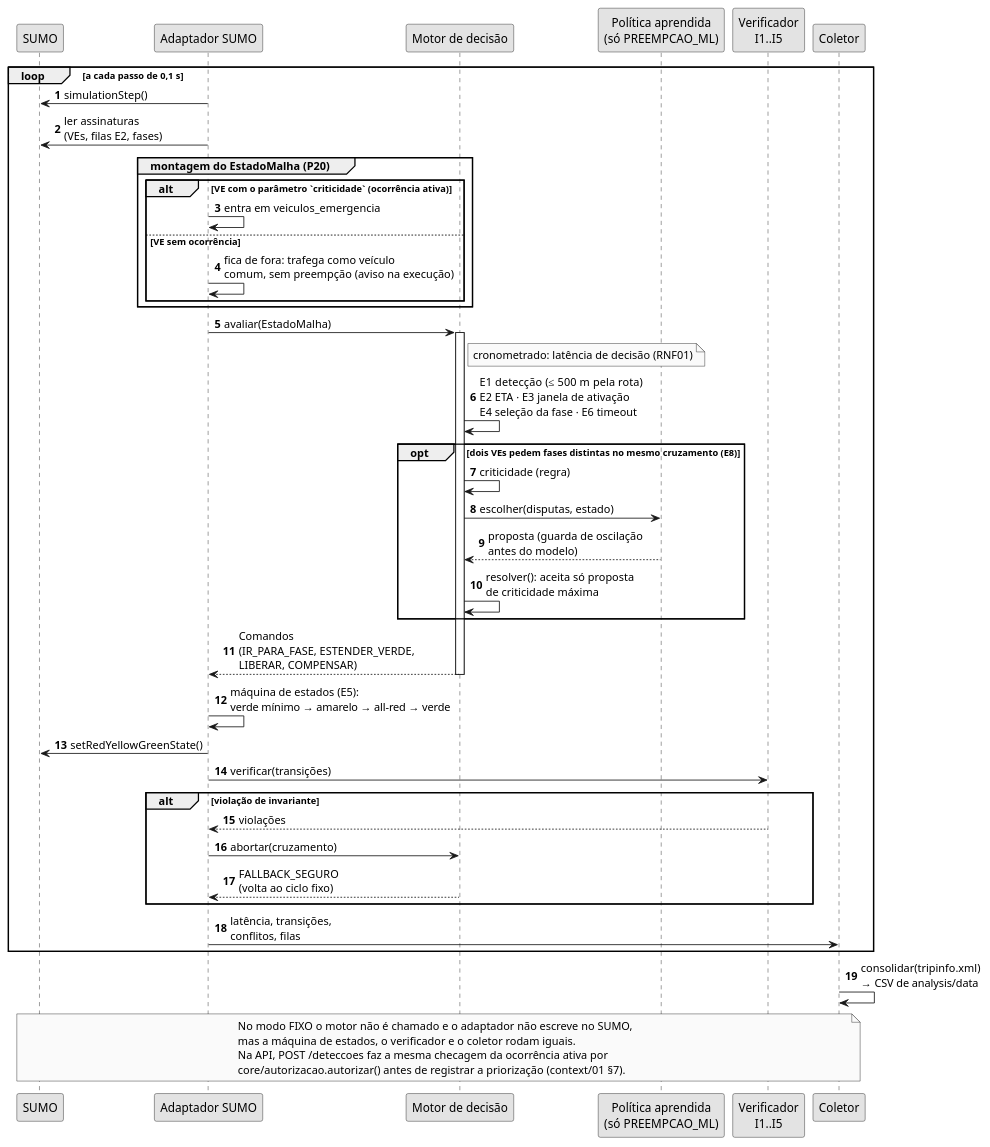
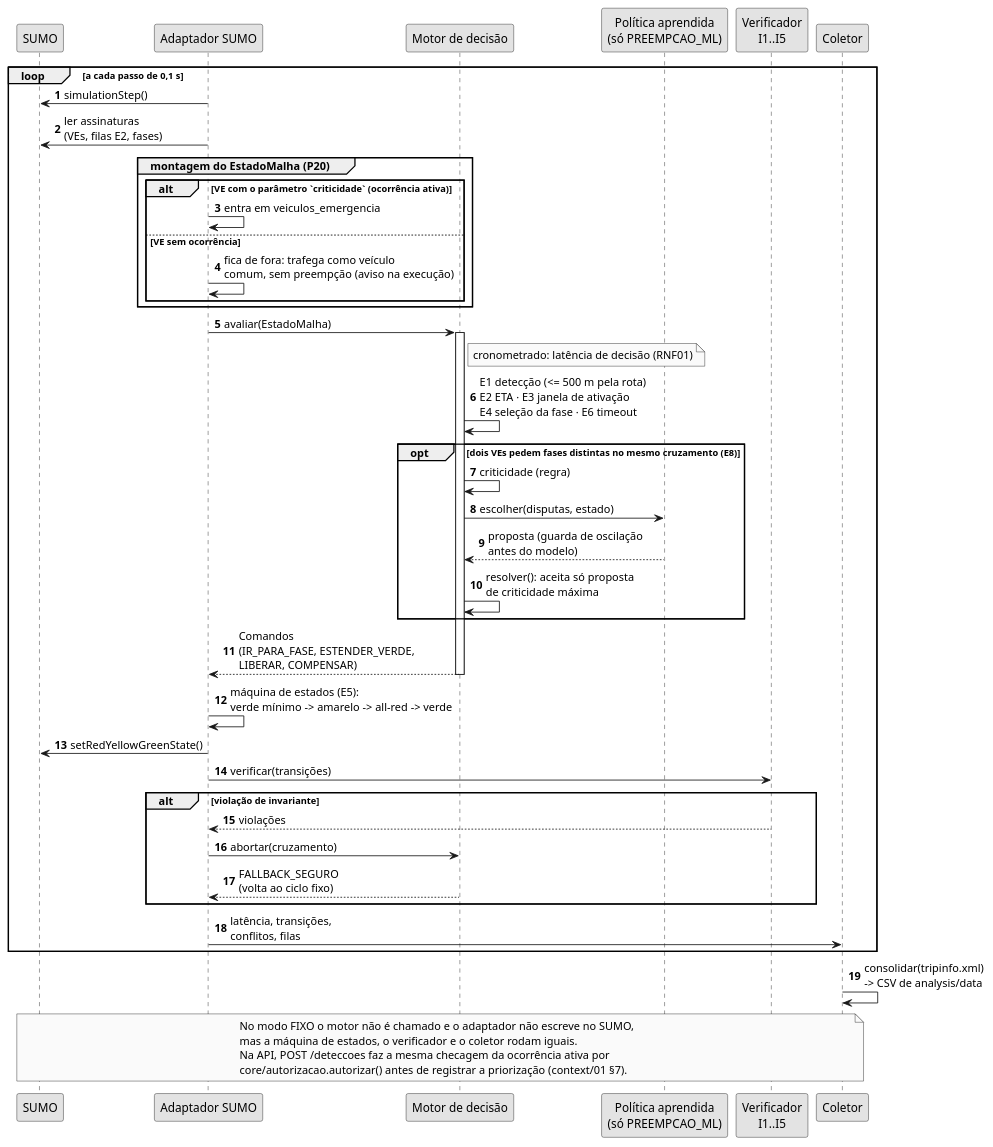
The diagram in docs/diagramas/sequencia_preempcao.puml (felipepascucci/tcc-semaforos-inteligentes), drawn with PlantUML before and after one commit. The commit also changed 44 other files, not shown here.

First line of the commit message:
feat(validacao): relatório de validação, casos de teste e diagramas

```diff
--- a/docs/diagramas/sequencia_preempcao.puml
+++ b/docs/diagramas/sequencia_preempcao.puml
@@ -1,57 +1,57 @@
 @startuml sequencia_preempcao
 ' Diagrama de sequência da preempção, na simulação — context/08 §5.
 ' Fontes: sim/controlador/executor.py (decidir_e_aplicar), context/01 §3 e §5.2,
 ' context/04 §8, P20 (só VE em serviço chega ao motor).
 skinparam monochrome true
 autonumber
 
 participant "SUMO" as SUMO
 participant "Adaptador SUMO" as Adaptador
 participant "Motor de decisão" as Motor
 participant "Política aprendida\n(só PREEMPCAO_ML)" as Politica
 participant "Verificador\nI1..I5" as Verificador
 participant "Coletor" as Coletor
 
 loop a cada passo de 0,1 s
   Adaptador -> SUMO : simulationStep()
   Adaptador -> SUMO : ler assinaturas\n(VEs, filas E2, fases)
   group montagem do EstadoMalha (P20)
     alt VE com o parâmetro `criticidade` (ocorrência ativa)
       Adaptador -> Adaptador : entra em veiculos_emergencia
     else VE sem ocorrência
       Adaptador -> Adaptador : fica de fora: trafega como veículo\ncomum, sem preempção (aviso na execução)
     end
   end
   Adaptador -> Motor : avaliar(EstadoMalha)
   activate Motor
   note right of Motor : cronometrado: latência de decisão (RNF01)
-  Motor -> Motor : E1 detecção (≤ 500 m pela rota)\nE2 ETA · E3 janela de ativação\nE4 seleção da fase · E6 timeout
+  Motor -> Motor : E1 detecção (<= 500 m pela rota)\nE2 ETA · E3 janela de ativação\nE4 seleção da fase · E6 timeout
   opt dois VEs pedem fases distintas no mesmo cruzamento (E8)
     Motor -> Motor : criticidade (regra)
     Motor -> Politica : escolher(disputas, estado)
     Politica --> Motor : proposta (guarda de oscilação\nantes do modelo)
     Motor -> Motor : resolver(): aceita só proposta\nde criticidade máxima
   end
   Motor --> Adaptador : Comandos\n(IR_PARA_FASE, ESTENDER_VERDE,\nLIBERAR, COMPENSAR)
   deactivate Motor
-  Adaptador -> Adaptador : máquina de estados (E5):\nverde mínimo → amarelo → all-red → verde
+  Adaptador -> Adaptador : máquina de estados (E5):\nverde mínimo -> amarelo -> all-red -> verde
   Adaptador -> SUMO : setRedYellowGreenState()
   Adaptador -> Verificador : verificar(transições)
   alt violação de invariante
     Verificador --> Adaptador : violações
     Adaptador -> Motor : abortar(cruzamento)
     Motor --> Adaptador : FALLBACK_SEGURO\n(volta ao ciclo fixo)
   end
   Adaptador -> Coletor : latência, transições,\nconflitos, filas
 end
 
-Coletor -> Coletor : consolidar(tripinfo.xml)\n→ CSV de analysis/data
+Coletor -> Coletor : consolidar(tripinfo.xml)\n-> CSV de analysis/data
 
 note over SUMO, Coletor
   No modo FIXO o motor não é chamado e o adaptador não escreve no SUMO,
   mas a máquina de estados, o verificador e o coletor rodam iguais.
   Na API, POST /deteccoes faz a mesma checagem da ocorrência ativa por
   core/autorizacao.autorizar() antes de registrar a priorização (context/01 §7).
 end note
 
 @enduml
```
